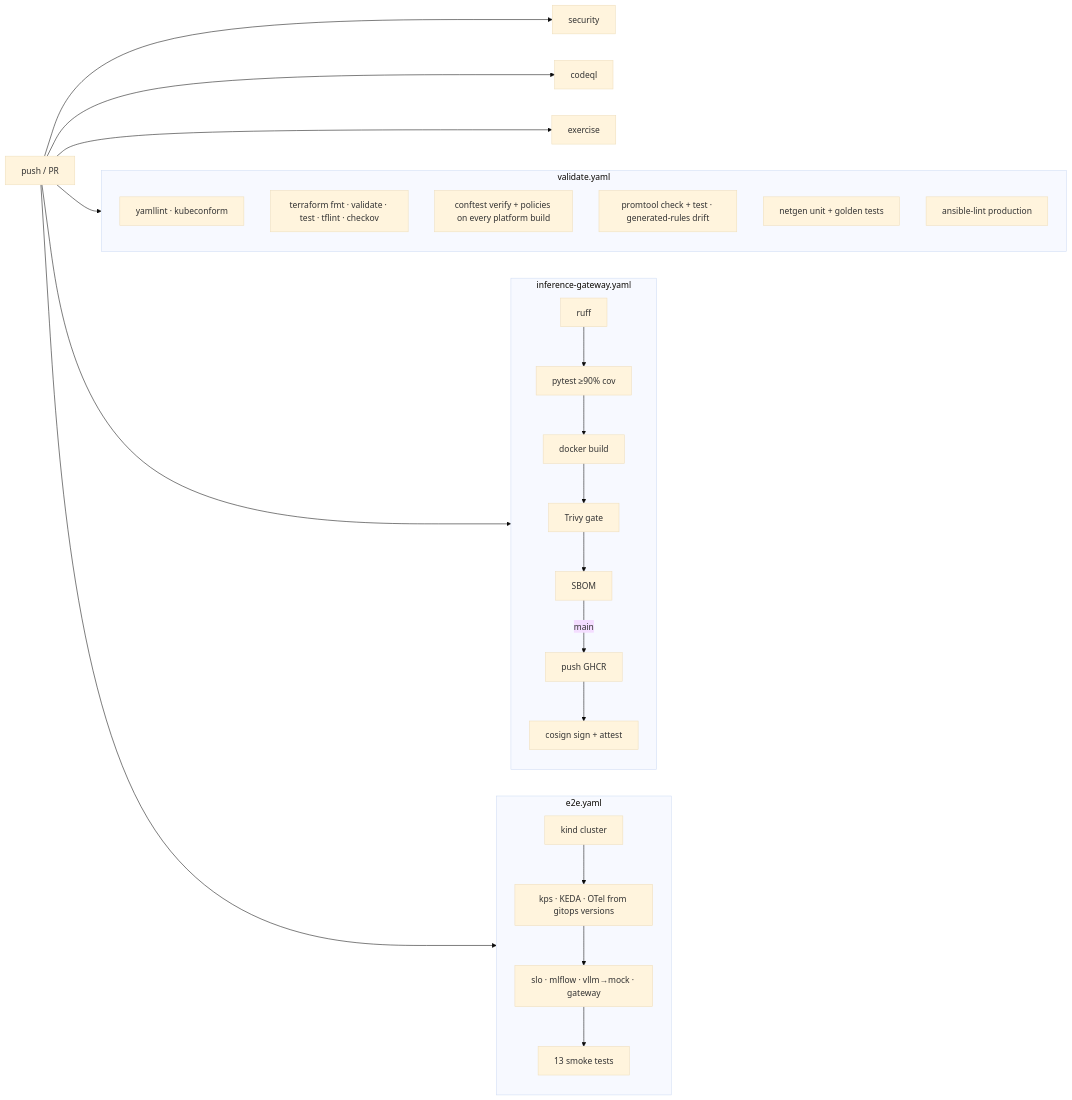
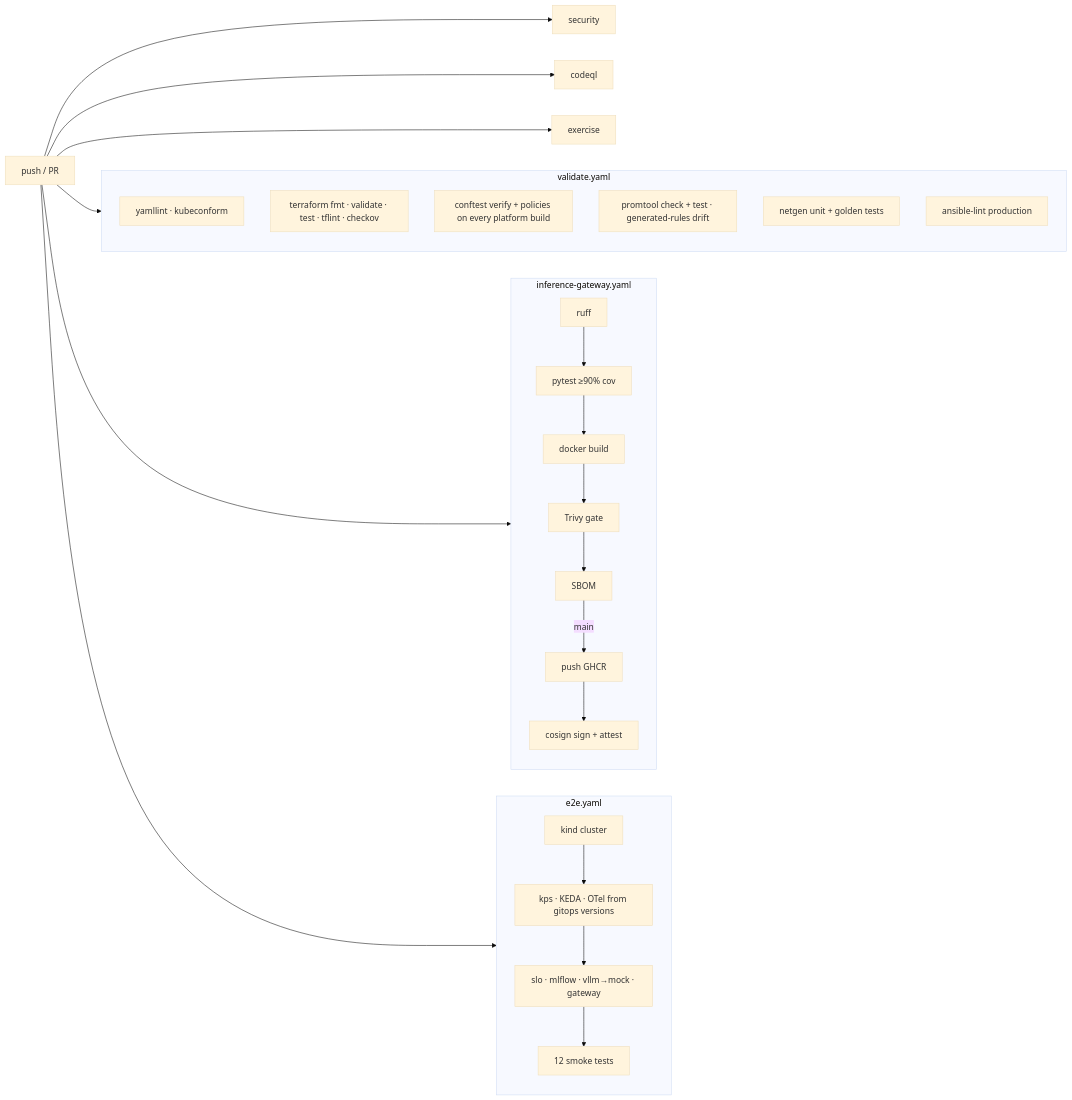
The diagram in docs/ci-cd.md (SunnGHubX/ai-platform-lab), drawn with Mermaid (base theme) before and after one commit. The commit also changed 4 other files, not shown here.

````diff
--- a/docs/ci-cd.md
+++ b/docs/ci-cd.md
@@ -5,24 +5,24 @@
 ```mermaid
 flowchart LR
   push[push / PR] --> validate
   push --> security
   push --> codeql
   push --> gateway[inference-gateway]
   push --> e2e
   push --> exercise
   subgraph validate[validate.yaml]
     yaml[yamllint · kubeconform]
     tf[terraform fmt · validate · test · tflint · checkov]
     pol[conftest verify + policies on every platform build]
     slo[promtool check + test · generated-rules drift]
     net[netgen unit + golden tests]
     ans[ansible-lint production]
   end
   subgraph gateway[inference-gateway.yaml]
     ruff --> pytest[pytest ≥90% cov] --> build[docker build] --> trivy[Trivy gate] --> sbom[SBOM]
     sbom -->|main| push2[push GHCR] --> sign[cosign sign + attest]
   end
   subgraph e2e[e2e.yaml]
-    kind[kind cluster] --> charts[kps · KEDA · OTel from gitops versions] --> apps[slo · mlflow · vllm→mock · gateway] --> smoke[13 smoke tests]
+    kind[kind cluster] --> charts[kps · KEDA · OTel from gitops versions] --> apps[slo · mlflow · vllm→mock · gateway] --> smoke[12 smoke tests]
   end
 ```
````
